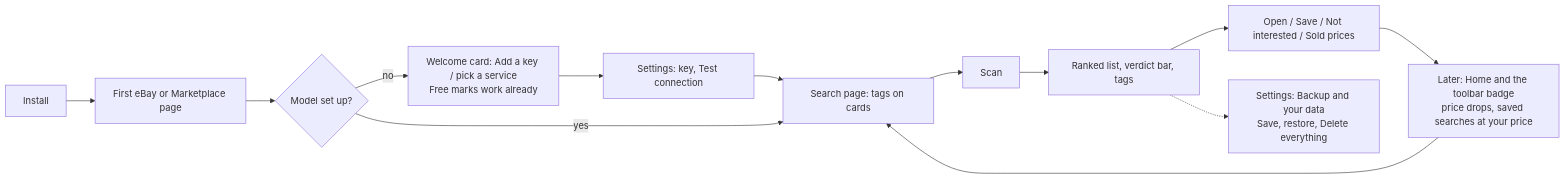
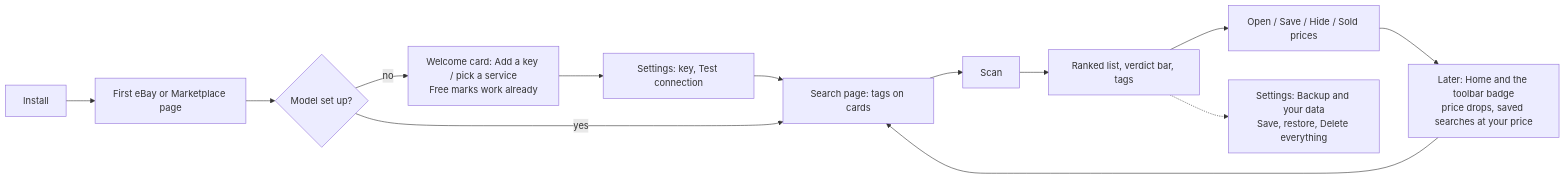
Before and after one commit to dabloonery/tirekick: the diagram in docs/ux-spec.md, drawn with Mermaid. The commit also changed other lines of this file and 13 other files, not shown here.

First line of the commit message:
Card actions look like buttons, "Hide" replaces "Not interested", and a click no longer pins the hover box open

````diff
--- a/docs/ux-spec.md
+++ b/docs/ux-spec.md
@@ -38,15 +38,15 @@
 ```mermaid
 flowchart LR
   A[Install] --> B[First eBay or Marketplace page]
   B --> C{Model set up?}
   C -- no --> D[Welcome card: Add a key / pick a service<br/>Free marks work already]
   D --> E[Settings: key, Test connection]
   E --> F
   C -- yes --> F[Search page: tags on cards]
   F --> G[Scan]
   G --> H[Ranked list, verdict bar, tags]
-  H --> I[Open / Save / Not interested / Sold prices]
+  H --> I[Open / Save / Hide / Sold prices]
   I --> J[Later: Home and the toolbar badge<br/>price drops, saved searches at your price]
   J --> F
   H -.-> K[Settings: Backup and your data<br/>Save, restore, Delete everything]
 ```
````
